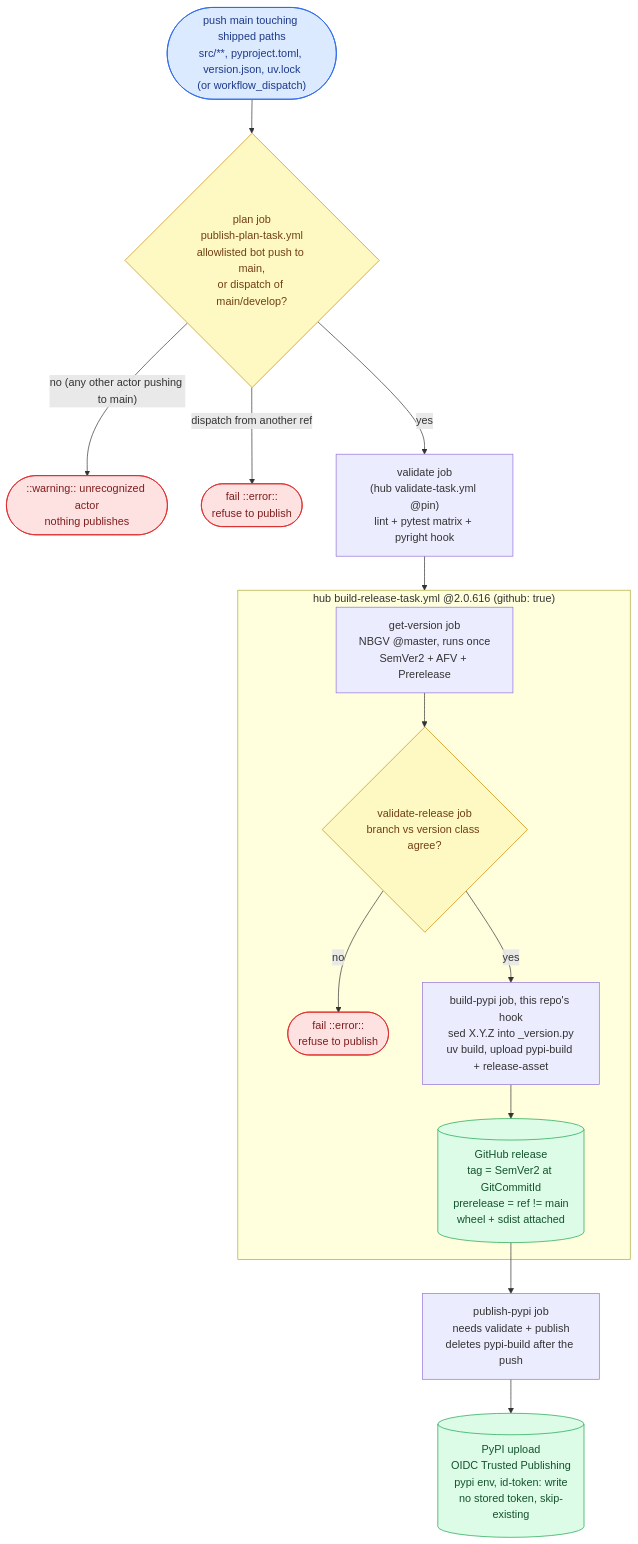
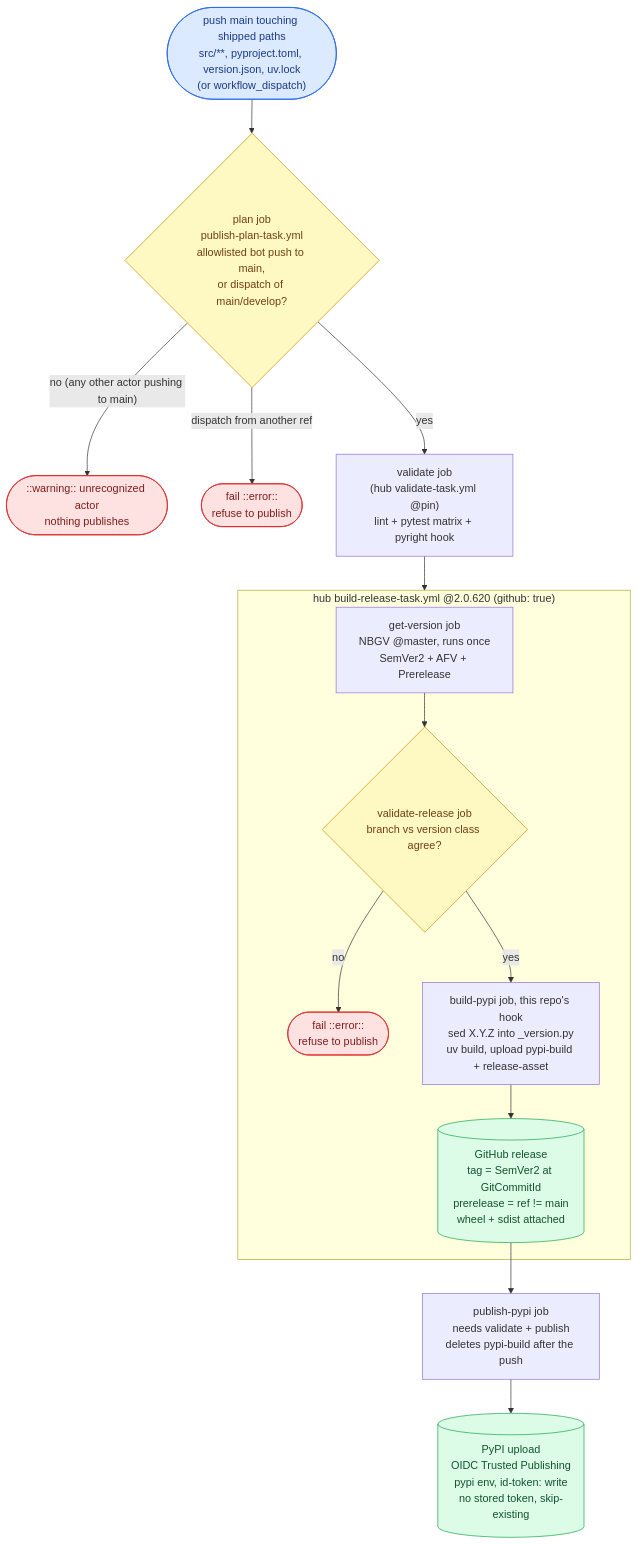
Before and after one commit to ptr727/aiopurpleair: the second of 3 diagrams in WORKFLOW.md, drawn with Mermaid. The commit also changed other lines of this file, not shown here.

````diff
--- a/WORKFLOW.md
+++ b/WORKFLOW.md
@@ -135,21 +135,21 @@
 ```mermaid
 flowchart TD
     P(["push main touching shipped paths<br/>src/**, pyproject.toml, version.json, uv.lock<br/>(or workflow_dispatch)"]):::trig --> PLAN
     PLAN{"plan job<br/>publish-plan-task.yml<br/>allowlisted bot push to main,<br/>or dispatch of main/develop?"}:::gate
     PLAN -- "no (any other actor pushing to main)" --> NOP(["::warning:: unrecognized actor<br/>nothing publishes"]):::stop
     PLAN -- "dispatch from another ref" --> DX(["fail ::error::<br/>refuse to publish"]):::stop
     PLAN -- "yes" --> VAL["validate job<br/>(hub validate-task.yml @pin)<br/>lint + pytest matrix + pyright hook"]
     VAL --> BUILD
-    subgraph BUILD ["hub build-release-task.yml @2.0.616 (github: true)"]
+    subgraph BUILD ["hub build-release-task.yml @2.0.620 (github: true)"]
         GV["get-version job<br/>NBGV @master, runs once<br/>SemVer2 + AFV + Prerelease"] --> VR{"validate-release job<br/>branch vs version class agree?"}:::gate
         VR -- "no" --> VRX(["fail ::error::<br/>refuse to publish"]):::stop
         VR -- "yes" --> BD["build-pypi job, this repo's hook<br/>sed X.Y.Z into _version.py<br/>uv build, upload pypi-build + release-asset"]
         BD --> REL[("GitHub release<br/>tag = SemVer2 at GitCommitId<br/>prerelease = ref != main<br/>wheel + sdist attached")]:::pub
     end
     REL --> PP["publish-pypi job<br/>needs validate + publish<br/>deletes pypi-build after the push"]
     PP --> PYPI[("PyPI upload<br/>OIDC Trusted Publishing<br/>pypi env, id-token: write<br/>no stored token, skip-existing")]:::pub
     classDef trig fill:#dbeafe,stroke:#2563eb,color:#1e3a8a
     classDef gate fill:#fef9c3,stroke:#ca8a04,color:#713f12
     classDef pub fill:#dcfce7,stroke:#16a34a,color:#14532d
     classDef stop fill:#fee2e2,stroke:#dc2626,color:#7f1d1d
 ```
````
